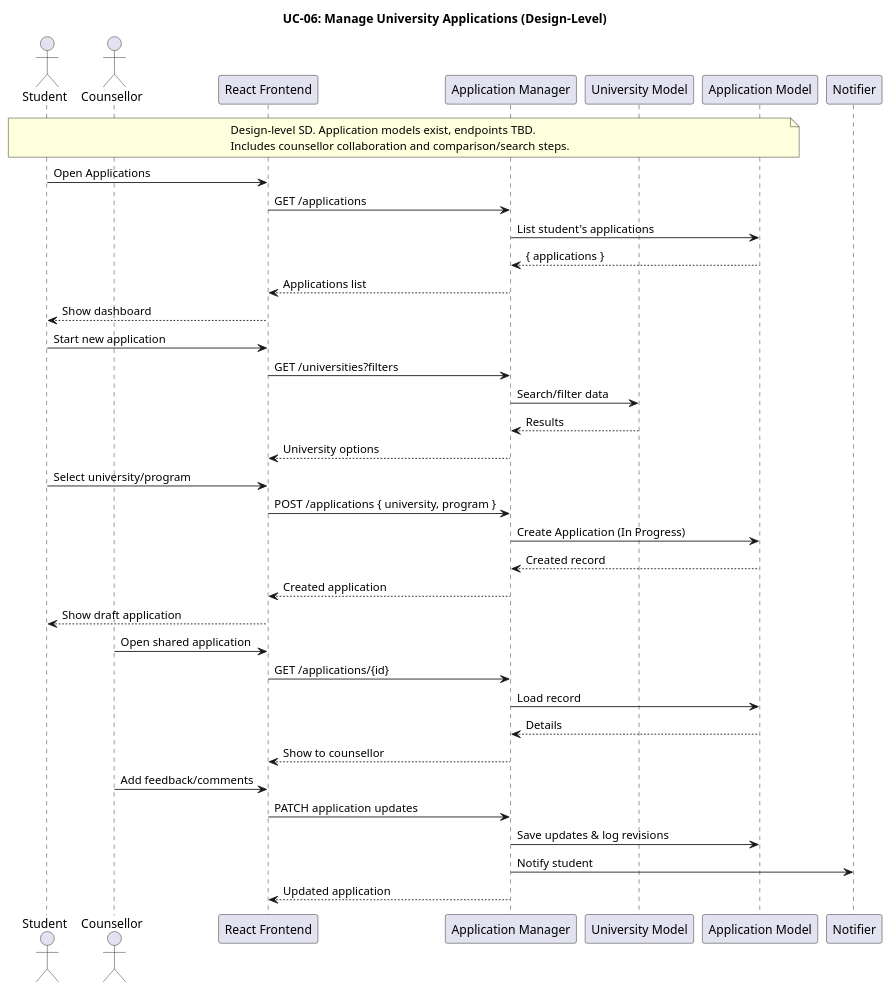
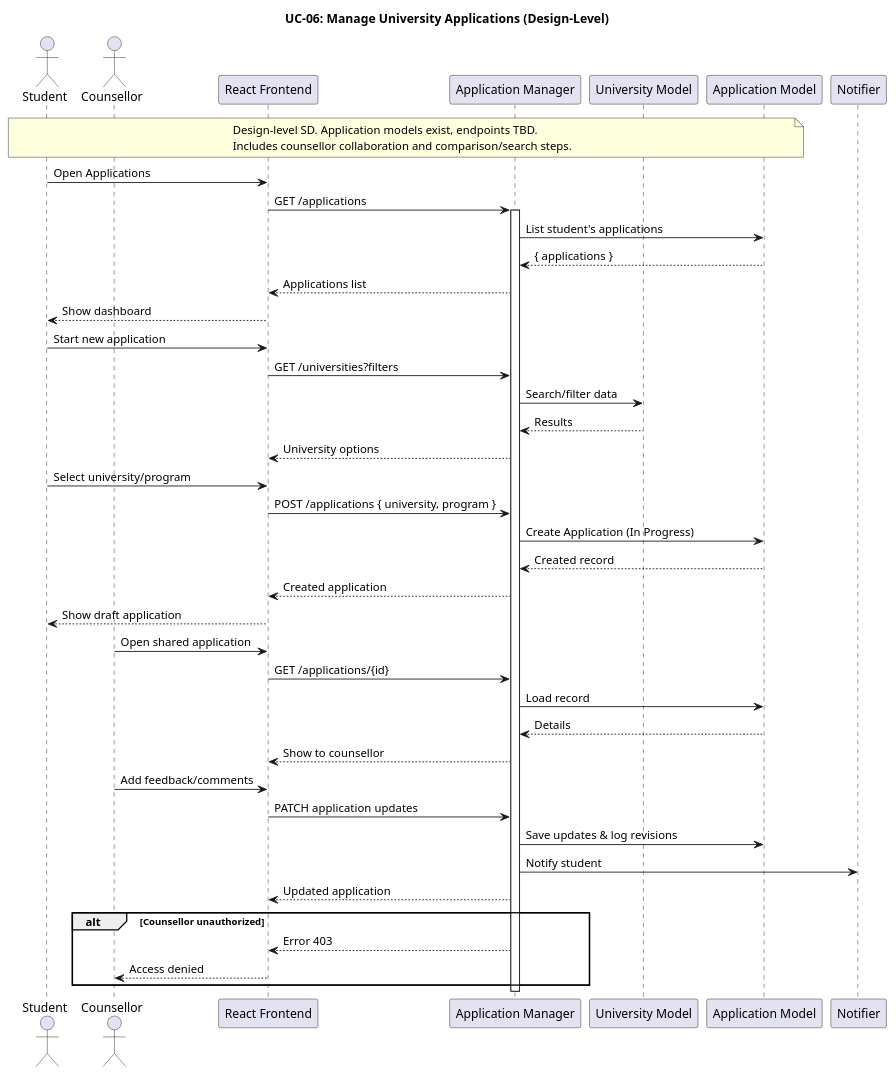
One commit to MMMustafakamran/SDs changed the diagram in planttext/uc06-manage-applications.puml. Above: the diagram before and after it, drawn with PlantUML. The commit also changed 18 other files, not shown here.

```diff
--- a/planttext/uc06-manage-applications.puml
+++ b/planttext/uc06-manage-applications.puml
@@ -1,56 +1,64 @@
 @startuml
 title UC-06: Manage University Applications (Design-Level)
 
 actor Student
 actor Counsellor
 participant Frontend as "React Frontend"
 participant ApplicationAPI as "Application Manager"
 participant University as "University Model"
 participant Application as "Application Model"
 participant Notification as "Notifier"
 
 note over Student, Application
 Design-level SD. Application models exist, endpoints TBD.
 Includes counsellor collaboration and comparison/search steps.
 end note
 
 '======================
 ' Access application manager
 '======================
 Student -> Frontend : Open Applications
 Frontend -> ApplicationAPI : GET /applications
+activate ApplicationAPI
 ApplicationAPI -> Application : List student's applications
 Application --> ApplicationAPI : { applications }
 ApplicationAPI --> Frontend : Applications list
 Frontend --> Student : Show dashboard
 
 '======================
 ' Create new application
 '======================
 Student -> Frontend : Start new application
 Frontend -> ApplicationAPI : GET /universities?filters
 ApplicationAPI -> University : Search/filter data
 University --> ApplicationAPI : Results
 ApplicationAPI --> Frontend : University options
 Student -> Frontend : Select university/program
 Frontend -> ApplicationAPI : POST /applications { university, program }
 ApplicationAPI -> Application : Create Application (In Progress)
 Application --> ApplicationAPI : Created record
 ApplicationAPI --> Frontend : Created application
 Frontend --> Student : Show draft application
 
 '======================
 ' Counsellor collaboration (if assigned)
 '======================
 Counsellor -> Frontend : Open shared application
 Frontend -> ApplicationAPI : GET /applications/{id}
 ApplicationAPI -> Application : Load record
 Application --> ApplicationAPI : Details
 ApplicationAPI --> Frontend : Show to counsellor
 Counsellor -> Frontend : Add feedback/comments
 Frontend -> ApplicationAPI : PATCH application updates
 ApplicationAPI -> Application : Save updates & log revisions
 ApplicationAPI -> Notification : Notify student
 ApplicationAPI --> Frontend : Updated application
 
+alt Counsellor unauthorized
+    ApplicationAPI --> Frontend : Error 403
+    Frontend --> Counsellor : Access denied
+end
+
+deactivate ApplicationAPI
+
 @enduml
```
